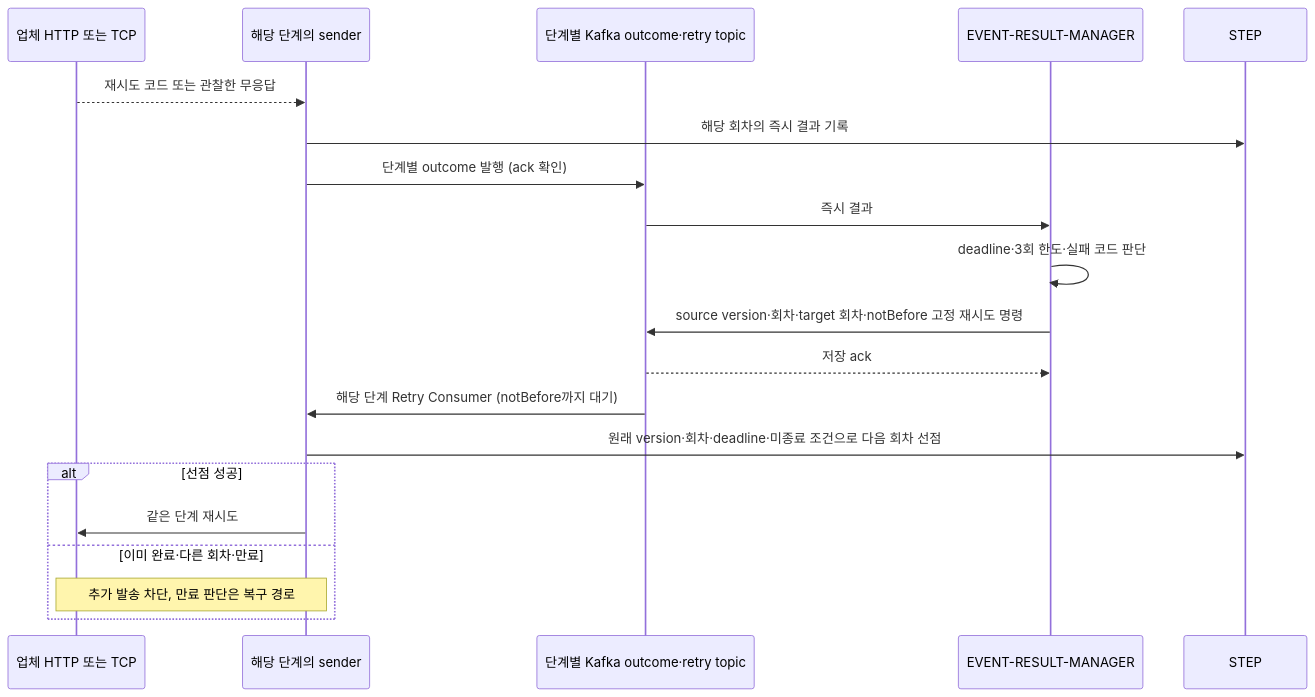
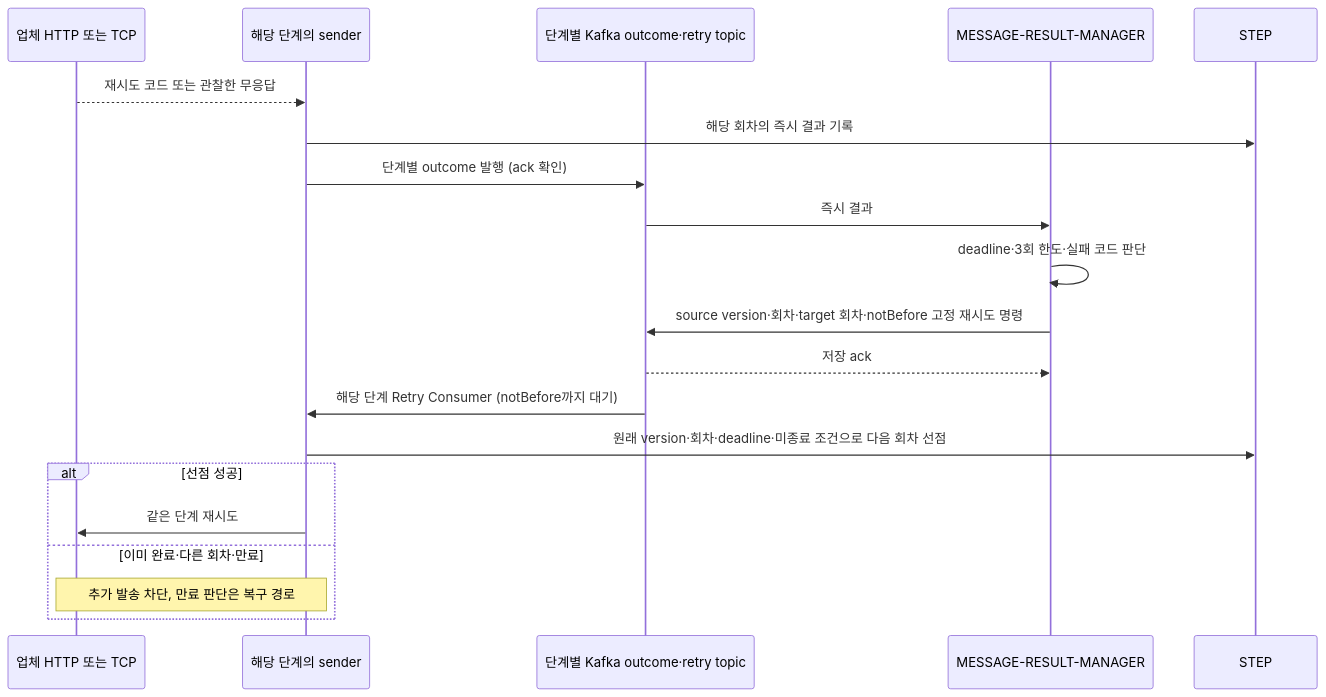
The fourth of 6 diagrams in docs/04-요청-접수부터-최종-결과까지의-전체-흐름.md (hyun-seung/High-throughput-event-platform), drawn with Mermaid before and after one commit. The commit also changed other lines of this file and 16 other files, not shown here.

````diff
--- a/docs/04-요청-접수부터-최종-결과까지의-전체-흐름.md
+++ b/docs/04-요청-접수부터-최종-결과까지의-전체-흐름.md
@@ -161,22 +161,22 @@
 ```mermaid
 sequenceDiagram
     participant P as 업체 HTTP 또는 TCP
     participant S as 해당 단계의 sender
     participant K as 단계별 Kafka outcome·retry topic
-    participant M as EVENT-RESULT-MANAGER
+    participant M as MESSAGE-RESULT-MANAGER
     participant D as STEP
     P-->>S: 재시도 코드 또는 관찰한 무응답
     S->>D: 해당 회차의 즉시 결과 기록
     S->>K: 단계별 outcome 발행 (ack 확인)
     K->>M: 즉시 결과
     M->>M: deadline·3회 한도·실패 코드 판단
     M->>K: source version·회차·target 회차·notBefore 고정 재시도 명령
     K-->>M: 저장 ack
     K->>S: 해당 단계 Retry Consumer (notBefore까지 대기)
     S->>D: 원래 version·회차·deadline·미종료 조건으로 다음 회차 선점
     alt 선점 성공
         S->>P: 같은 단계 재시도
     else 이미 완료·다른 회차·만료
         Note over S,P: 추가 발송 차단, 만료 판단은 복구 경로
     end
 ```
````
